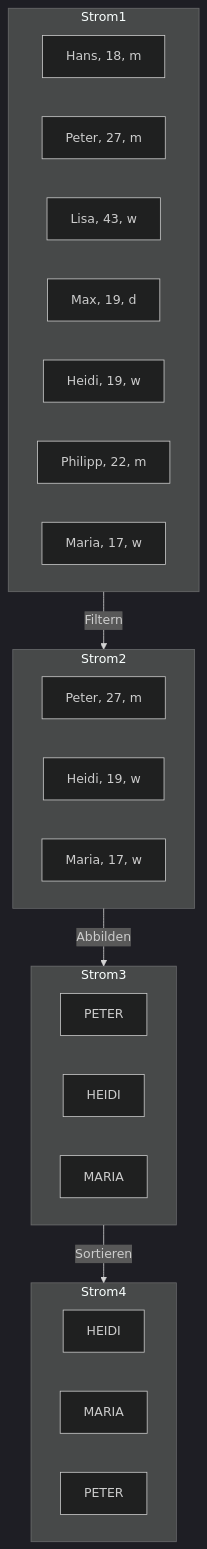
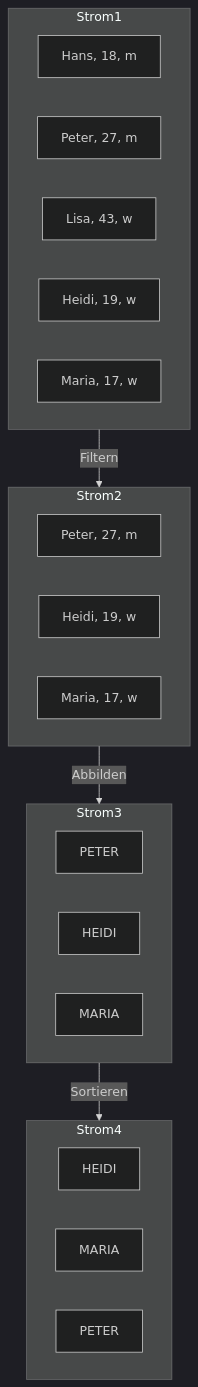
Before and after one commit to jappuccini/java-docs: the diagram in docs/documentation/java-stream-api.md, drawn with Mermaid (dark theme). The commit also changed other lines of this file and 64 other files, not shown here.

````diff
--- a/docs/documentation/java-stream-api.md
+++ b/docs/documentation/java-stream-api.md
@@ -17,31 +17,29 @@
 ```mermaid
 flowchart TD
     Strom1 -->|Filtern| Strom2
     Strom2 -->|Abbilden| Strom3
     Strom3 -->|Sortieren| Strom4
 
     subgraph Strom1
         hans[Hans, 18, m]
         peter[Peter, 27, m]
         lisa[Lisa, 43, w]
-        max[Max, 19, d]
         heidi[Heidi, 19, w]
-        philipp[Philipp, 22, m]
         maria[Maria, 17, w]
     end
     subgraph Strom2
         peter2[Peter, 27, m]
         heidi2[Heidi, 19, w]
         maria2[Maria, 17, w]
     end
     subgraph Strom3
         peter3[PETER]
         heidi3[HEIDI]
         maria3[MARIA]
     end
     subgraph Strom4
         heidi4[HEIDI]
         maria4[MARIA]
         peter4[PETER]
     end
 ```
````
